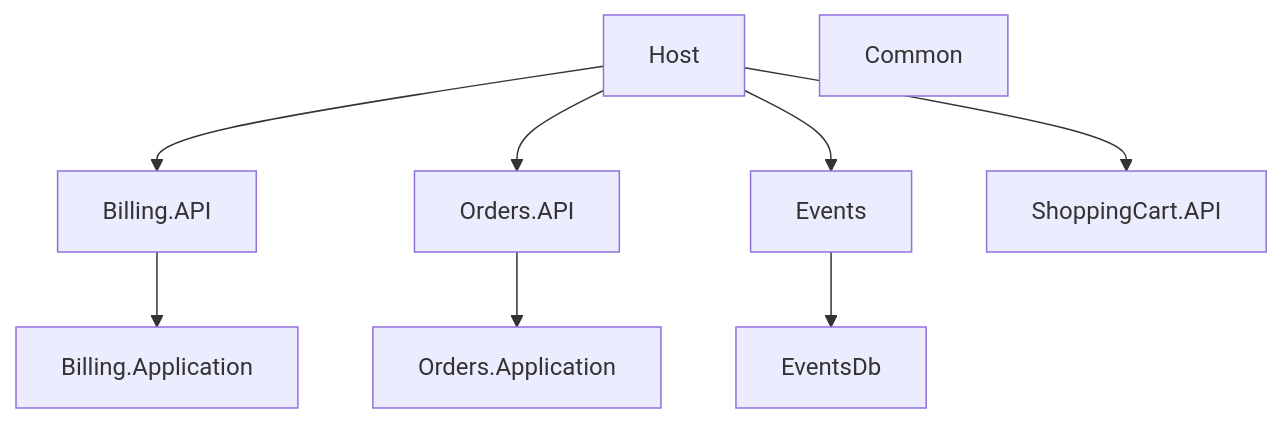
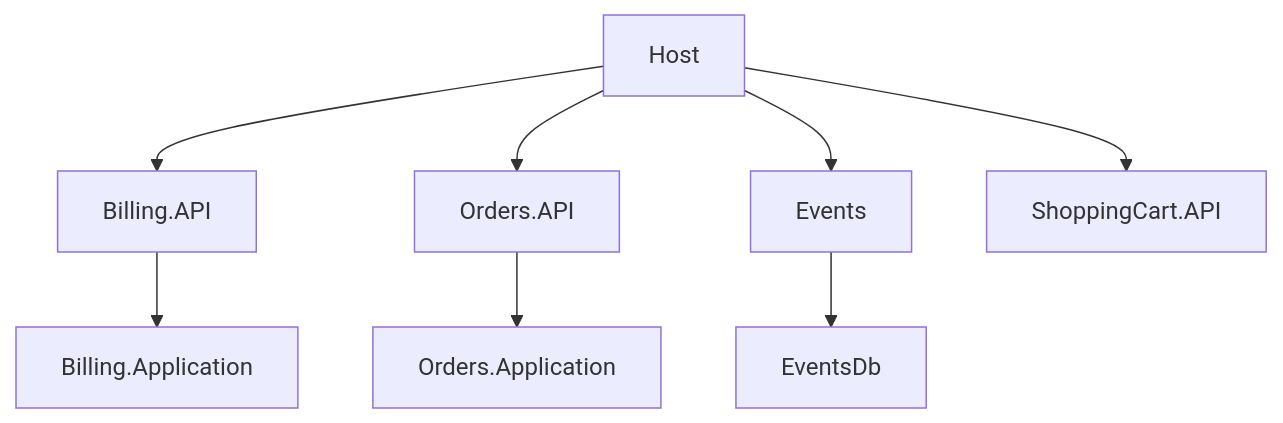
Before and after one commit to RobertoFreireDev/ECOMMERCE: the diagram in README.md, drawn with Mermaid.

Commit message:
udpate readme

````diff
--- a/README.md
+++ b/README.md
@@ -1,22 +1,21 @@
 ```mermaid
 flowchart TD
     Host["Host"]
-    Common["Common"]
     Events["Events"]
     EventsDb["EventsDb"]
     BillingAPI["Billing.API"]
     BillingApp["Billing.Application"]
     OrdersAPI["Orders.API"]
     OrdersApp["Orders.Application"]
     CartAPI["ShoppingCart.API"]
 
     Host --> BillingAPI
     Host --> OrdersAPI
     Host --> CartAPI
     Host --> Events
 
     BillingAPI --> BillingApp
     OrdersAPI --> OrdersApp
 
     Events --> EventsDb
 ```
````
